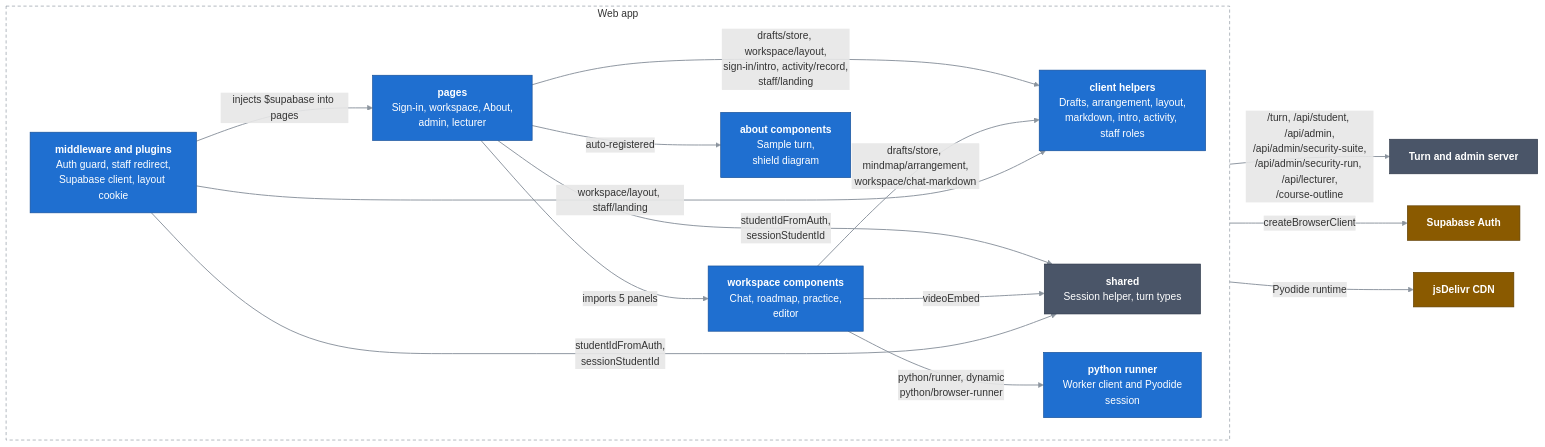
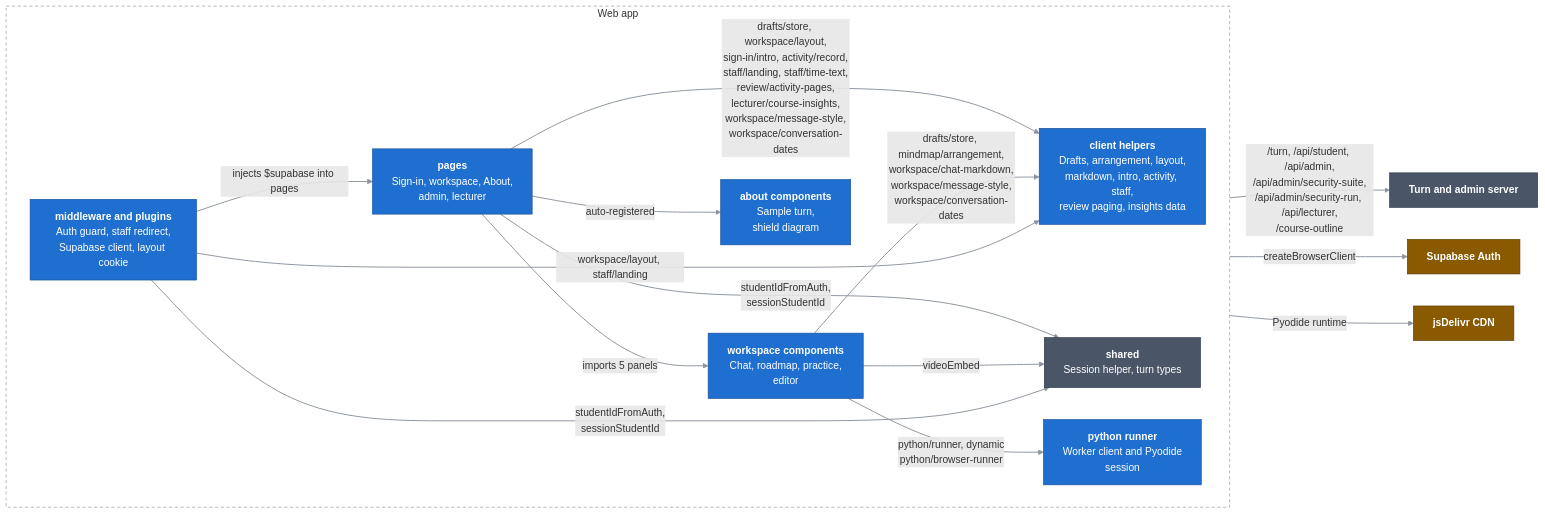
One commit to atuan1605/COS40005_HN9_Verifiable_Co-Learner_Agent changed the diagram in docs/c4/03-components/web-app/00-overview.md. Above: the diagram before and after it, drawn with Mermaid. The commit also changed other lines of this file and 26 other files, not shown here.

````diff
--- a/docs/c4/03-components/web-app/00-overview.md
+++ b/docs/c4/03-components/web-app/00-overview.md
@@ -13,38 +13,38 @@
 ```mermaid
 flowchart LR
   classDef comp fill:#1f6fd0,stroke:#164f96,color:#ffffff
   classDef near fill:#4a5568,stroke:#2d3748,color:#ffffff
   classDef ext fill:#8a5a00,stroke:#5c3c00,color:#ffffff
   linkStyle default stroke:#8b949e,stroke-width:1.5px
 
   subgraph app["Web app"]
     direction LR
     pages["<b>pages</b><br/>Sign-in, workspace, About,<br/>admin, lecturer"]:::comp
     ws["<b>workspace components</b><br/>Chat, roadmap, practice,<br/>editor"]:::comp
     home["<b>about components</b><br/>Sample turn,<br/>shield diagram"]:::comp
-    helpers["<b>client helpers</b><br/>Drafts, arrangement, layout,<br/>markdown, intro, activity, staff roles"]:::comp
+    helpers["<b>client helpers</b><br/>Drafts, arrangement, layout,<br/>markdown, intro, activity, staff,<br/>review paging, insights data"]:::comp
     py["<b>python runner</b><br/>Worker client and Pyodide<br/>session"]:::comp
     mw["<b>middleware and plugins</b><br/>Auth guard, staff redirect,<br/>Supabase client, layout cookie"]:::comp
     shared["<b>shared</b><br/>Session helper, turn types"]:::near
   end
 
   server["<b>Turn and admin server</b>"]:::near
   auth["<b>Supabase Auth</b>"]:::ext
   cdn["<b>jsDelivr CDN</b>"]:::ext
 
   pages -->|"imports 5 panels"| ws
-  pages -->|"drafts/store, workspace/layout,<br/>sign-in/intro, activity/record,<br/>staff/landing"| helpers
+  pages -->|"drafts/store, workspace/layout,<br/>sign-in/intro, activity/record,<br/>staff/landing, staff/time-text,<br/>review/activity-pages,<br/>lecturer/course-insights,<br/>workspace/message-style,<br/>workspace/conversation-dates"| helpers
   pages -->|"studentIdFromAuth,<br/>sessionStudentId"| shared
   pages ==>|"auto-registered"| home
   pages ==>|"/turn, /api/student, /api/admin,<br/>/api/admin/security-suite,<br/>/api/admin/security-run, /api/lecturer,<br/>/course-outline"| server
-  ws -->|"drafts/store, mindmap/arrangement,<br/>workspace/chat-markdown"| helpers
+  ws -->|"drafts/store, mindmap/arrangement,<br/>workspace/chat-markdown,<br/>workspace/message-style,<br/>workspace/conversation-dates"| helpers
   ws -->|"videoEmbed"| shared
   ws -->|"python/runner, dynamic<br/>python/browser-runner"| py
   mw -->|"workspace/layout, staff/landing"| helpers
   mw -->|"studentIdFromAuth,<br/>sessionStudentId"| shared
   mw ==>|"injects $supabase into pages"| pages
   mw ==>|"createBrowserClient"| auth
   py -->|"Pyodide runtime"| cdn
 
   style app fill:none,stroke:#8b949e,stroke-dasharray:5 4
 ```
````
